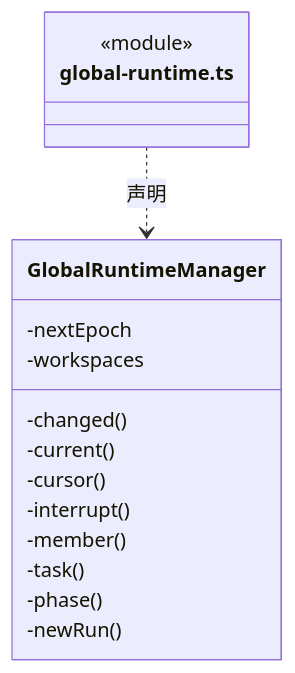
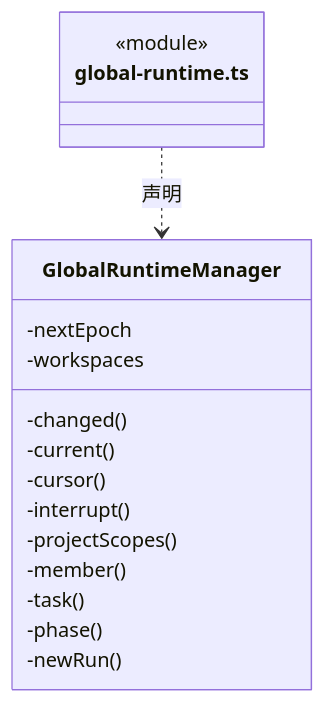
Before and after one commit to nan023062/cbim: the fifth of 9 diagrams in src/backend/scheduler-engine/runtime/ARCHITECTURE.md, drawn with Mermaid. The commit also changed other lines of this file and 42 other files, not shown here.

````diff
--- a/src/backend/scheduler-engine/runtime/ARCHITECTURE.md
+++ b/src/backend/scheduler-engine/runtime/ARCHITECTURE.md
@@ -166,19 +167,20 @@
 ```mermaid
 classDiagram
 class N_src_backend_scheduler_engine_runtime_global_runtime_ts["global-runtime.ts"] {
   <<module>>
 }
 class N_src_backend_scheduler_engine_runtime_global_runtime_ts_GlobalRuntimeManager["GlobalRuntimeManager"] {
   -nextEpoch
   -workspaces
   -changed()
   -current()
   -cursor()
   -interrupt()
+  -projectScopes()
   -member()
   -task()
   -phase()
   -newRun()
 }
 N_src_backend_scheduler_engine_runtime_global_runtime_ts ..> N_src_backend_scheduler_engine_runtime_global_runtime_ts_GlobalRuntimeManager : 声明
 ```
````
